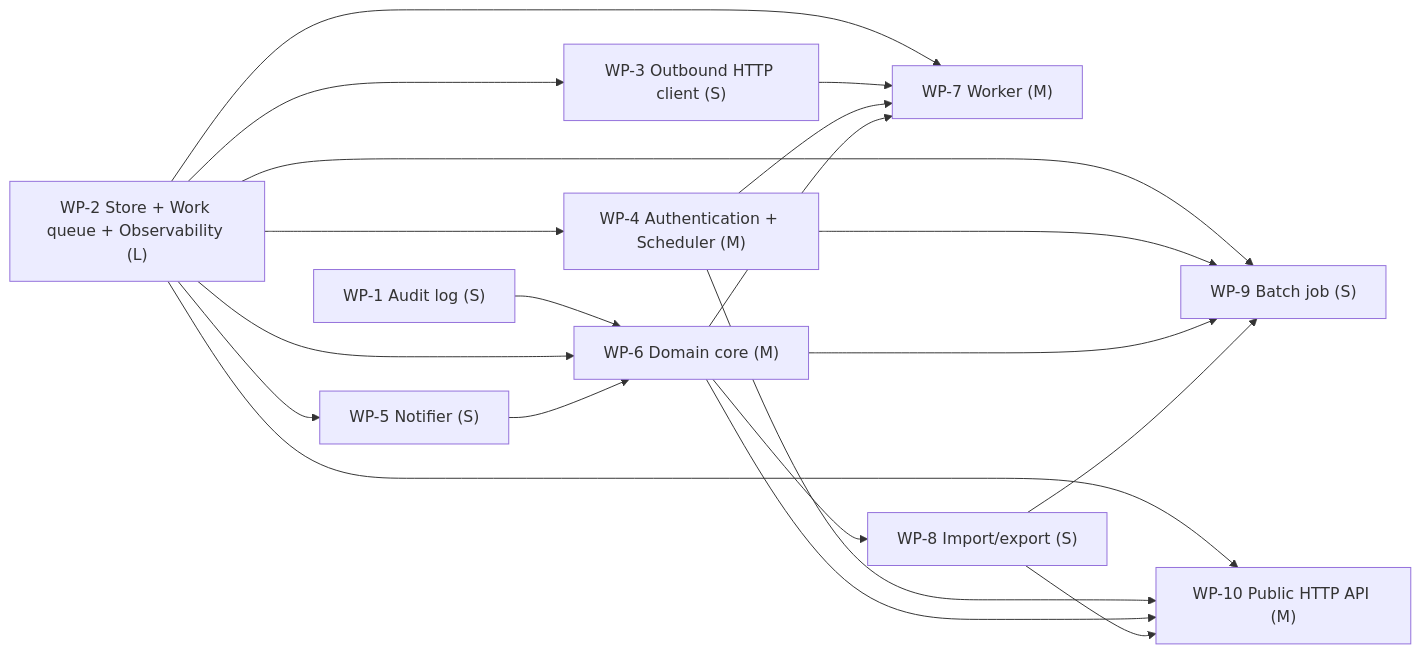
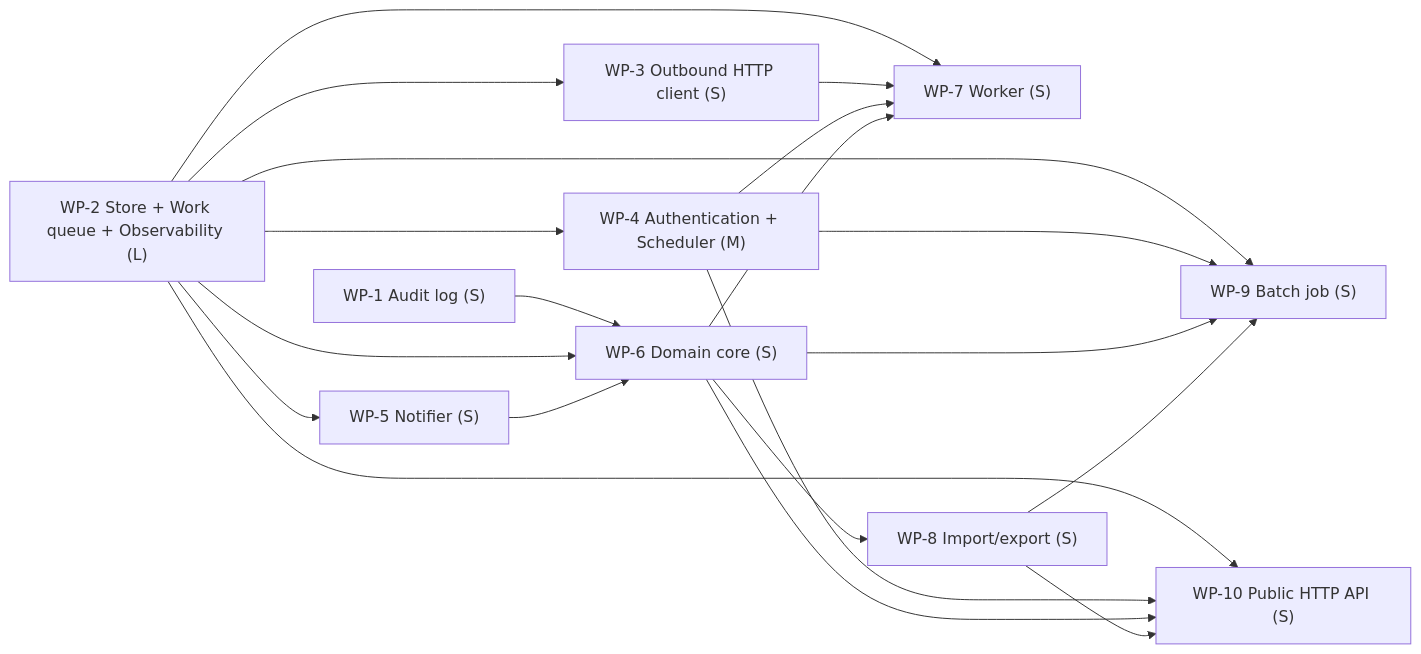
The fifth of 5 diagrams in examples/minimal/DESIGN.md (yui9696/sekkei), drawn with Mermaid before and after one commit. The commit also changed other lines of this file and 42 other files, not shown here.

````diff
--- a/examples/minimal/DESIGN.md
+++ b/examples/minimal/DESIGN.md
@@ -921,32 +923,32 @@
 ```mermaid
 graph LR
   WP_1["WP-1 Audit log (S)"]
   WP_2["WP-2 Store + Work queue + Observability (L)"]
   WP_3["WP-3 Outbound HTTP client (S)"]
   WP_4["WP-4 Authentication + Scheduler (M)"]
   WP_5["WP-5 Notifier (S)"]
-  WP_6["WP-6 Domain core (M)"]
-  WP_7["WP-7 Worker (M)"]
+  WP_6["WP-6 Domain core (S)"]
+  WP_7["WP-7 Worker (S)"]
   WP_8["WP-8 Import/export (S)"]
   WP_9["WP-9 Batch job (S)"]
-  WP_10["WP-10 Public HTTP API (M)"]
+  WP_10["WP-10 Public HTTP API (S)"]
   WP_2 --> WP_3
   WP_2 --> WP_4
   WP_2 --> WP_5
   WP_1 --> WP_6
   WP_2 --> WP_6
   WP_5 --> WP_6
   WP_2 --> WP_7
   WP_3 --> WP_7
   WP_4 --> WP_7
   WP_6 --> WP_7
   WP_6 --> WP_8
   WP_2 --> WP_9
   WP_4 --> WP_9
   WP_6 --> WP_9
   WP_8 --> WP_9
   WP_2 --> WP_10
   WP_4 --> WP_10
   WP_6 --> WP_10
   WP_8 --> WP_10
 ```
````
